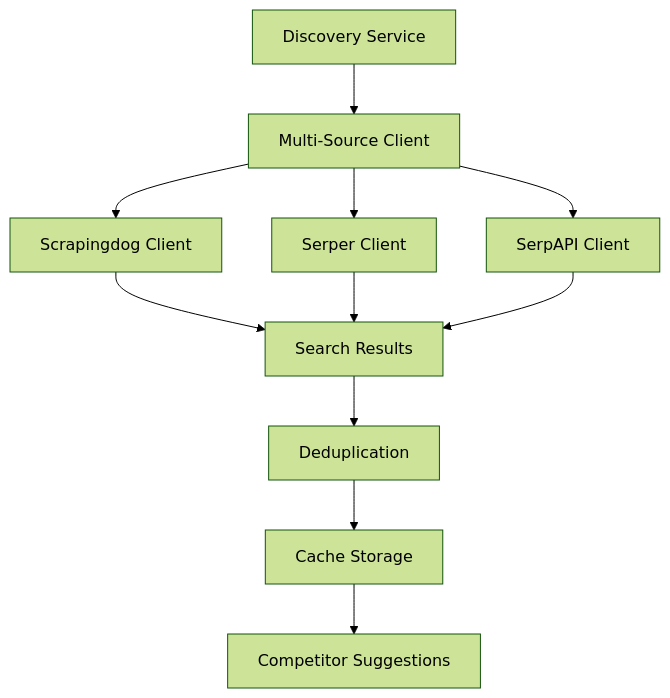
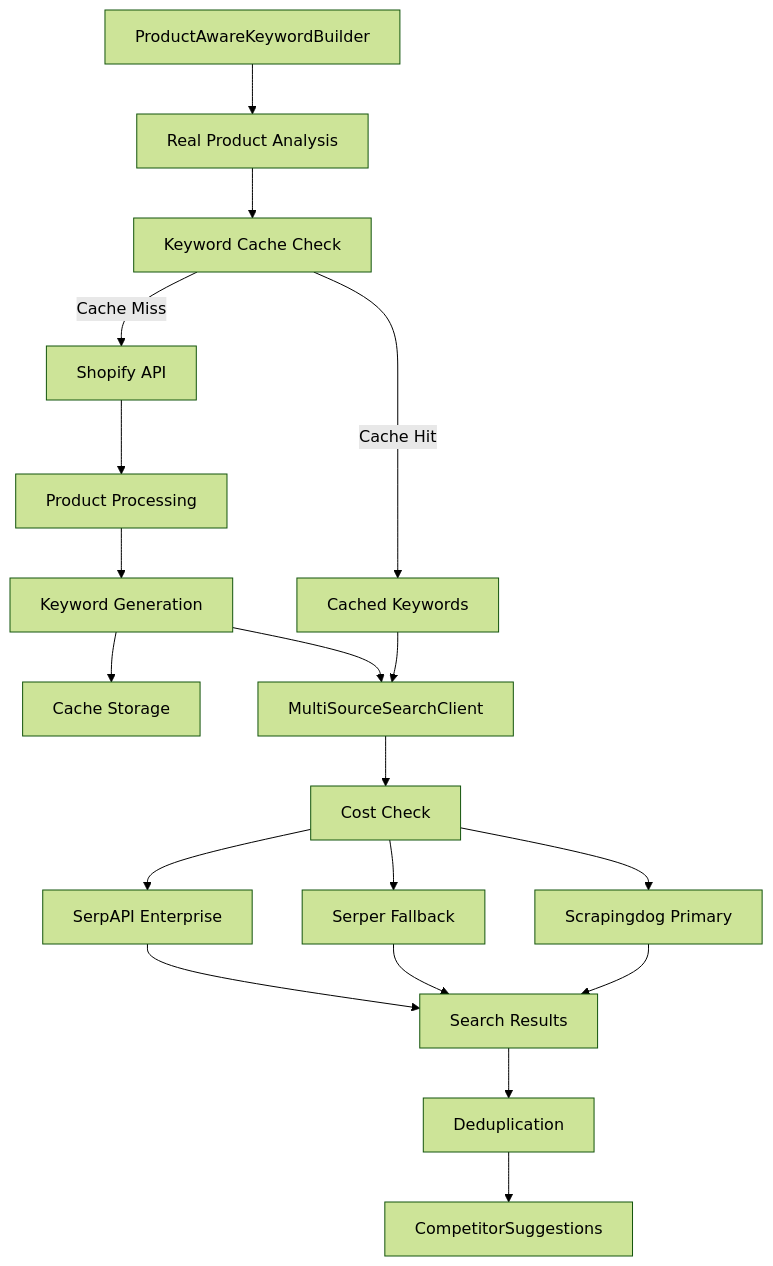
The fifth of 5 diagrams in docs/MARKET_INTELLIGENCE.md (teja230/shopgauge), drawn with Mermaid (forest theme) before and after one commit. The commit also changed other lines of this file and 12 other files, not shown here.

First line of the commit message:
feat: Implement product-aware keyword generation and single-plan limit system

````diff
--- a/docs/MARKET_INTELLIGENCE.md
+++ b/docs/MARKET_INTELLIGENCE.md
@@ -64,15 +349,25 @@
 ```mermaid
 graph TD
-    A[Discovery Service] --> B[Multi-Source Client]
-    B --> C[Scrapingdog Client]
-    B --> D[Serper Client] 
-    B --> E[SerpAPI Client]
+    A[ProductAwareKeywordBuilder] --> B[Real Product Analysis]
+    B --> C[Keyword Cache Check]
+    C -->|Cache Hit| D[Cached Keywords]
+    C -->|Cache Miss| E[Shopify API]
+    E --> F[Product Processing]
+    F --> G[Keyword Generation]
+    G --> H[Cache Storage]
     
-    C --> F[Search Results]
-    D --> F
-    E --> F
+    D --> I[MultiSourceSearchClient]
+    G --> I
     
-    F --> G[Deduplication]
-    G --> H[Cache Storage]
-    H --> I[Competitor Suggestions]
+    I --> J[Cost Check]
+    J --> K[Scrapingdog Primary]
+    J --> L[Serper Fallback]
+    J --> M[SerpAPI Enterprise]
+    
+    K --> N[Search Results]
+    L --> N
+    M --> N
+    
+    N --> O[Deduplication]
+    O --> P[CompetitorSuggestions]
 ```
````
